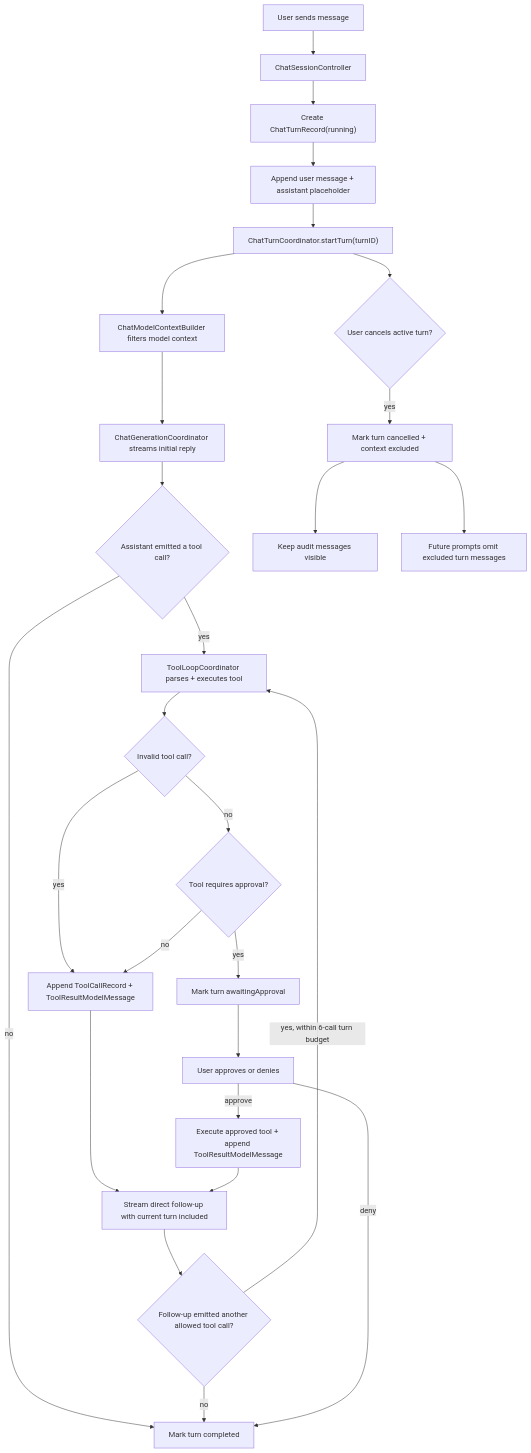
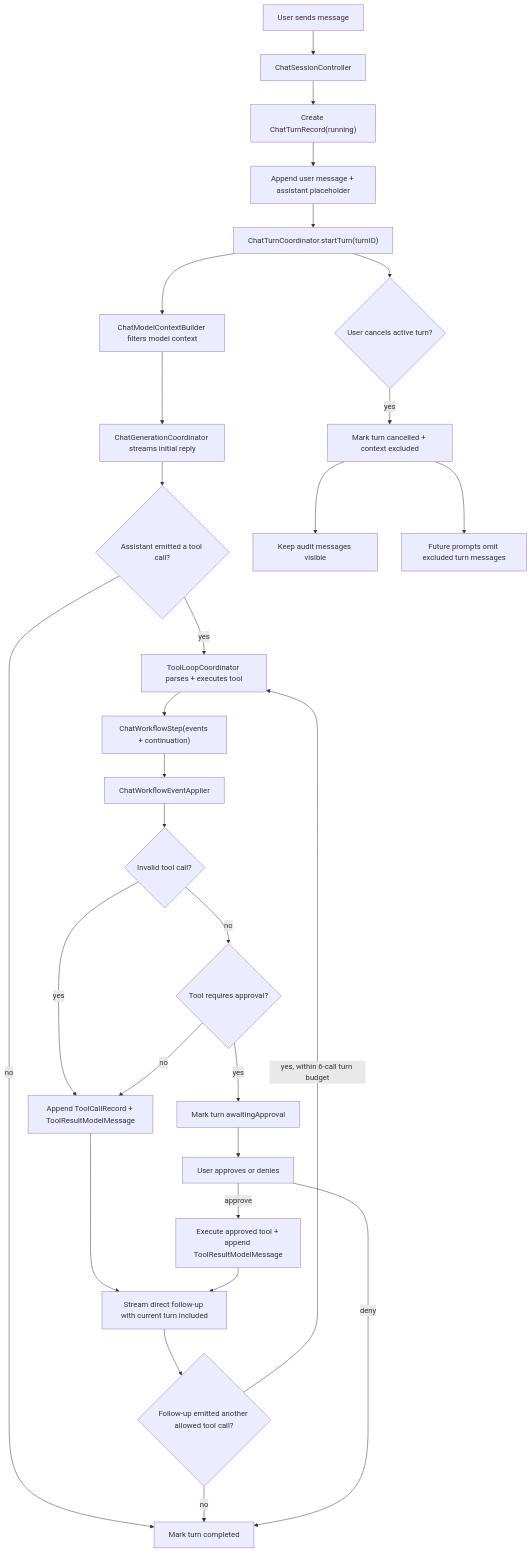
Before and after one commit to ngutech21/sumika-chat: the diagram in docs/chat-runtime.md, drawn with Mermaid. The commit also changed other lines of this file and 7 other files, not shown here.

Commit message:
refactor: introduce typed transcript events for chat/tool workflow mutations fixes #14

````diff
--- a/docs/chat-runtime.md
+++ b/docs/chat-runtime.md
@@ -10,29 +10,31 @@
 ```mermaid
 flowchart TD
   A["User sends message"] --> B["ChatSessionController"]
   B --> C["Create ChatTurnRecord(running)"]
   C --> D["Append user message + assistant placeholder"]
   D --> E["ChatTurnCoordinator.startTurn(turnID)"]
   E --> F["ChatModelContextBuilder filters model context"]
   F --> G["ChatGenerationCoordinator streams initial reply"]
   G --> H{"Assistant emitted a tool call?"}
   H -- "no" --> I["Mark turn completed"]
   H -- "yes" --> J["ToolLoopCoordinator parses + executes tool"]
-  J --> V{"Invalid tool call?"}
+  J --> W["ChatWorkflowStep(events + continuation)"]
+  W --> X["ChatWorkflowEventApplier"]
+  X --> V{"Invalid tool call?"}
   V -- "yes" --> L
   V -- "no" --> K{"Tool requires approval?"}
   K -- "no" --> L["Append ToolCallRecord + ToolResultModelMessage"]
   L --> Q["Stream direct follow-up with current turn included"]
   Q --> U{"Follow-up emitted another allowed tool call?"}
   U -- "yes, within 6-call turn budget" --> J
   U -- "no" --> I
   K -- "yes" --> R["Mark turn awaitingApproval"]
   R --> S["User approves or denies"]
   S -- "approve" --> T["Execute approved tool + append ToolResultModelMessage"]
   T --> Q
   S -- "deny" --> I
   E --> M{"User cancels active turn?"}
   M -- "yes" --> N["Mark turn cancelled + context excluded"]
   N --> O["Keep audit messages visible"]
   N --> P["Future prompts omit excluded turn messages"]
 ```
````
